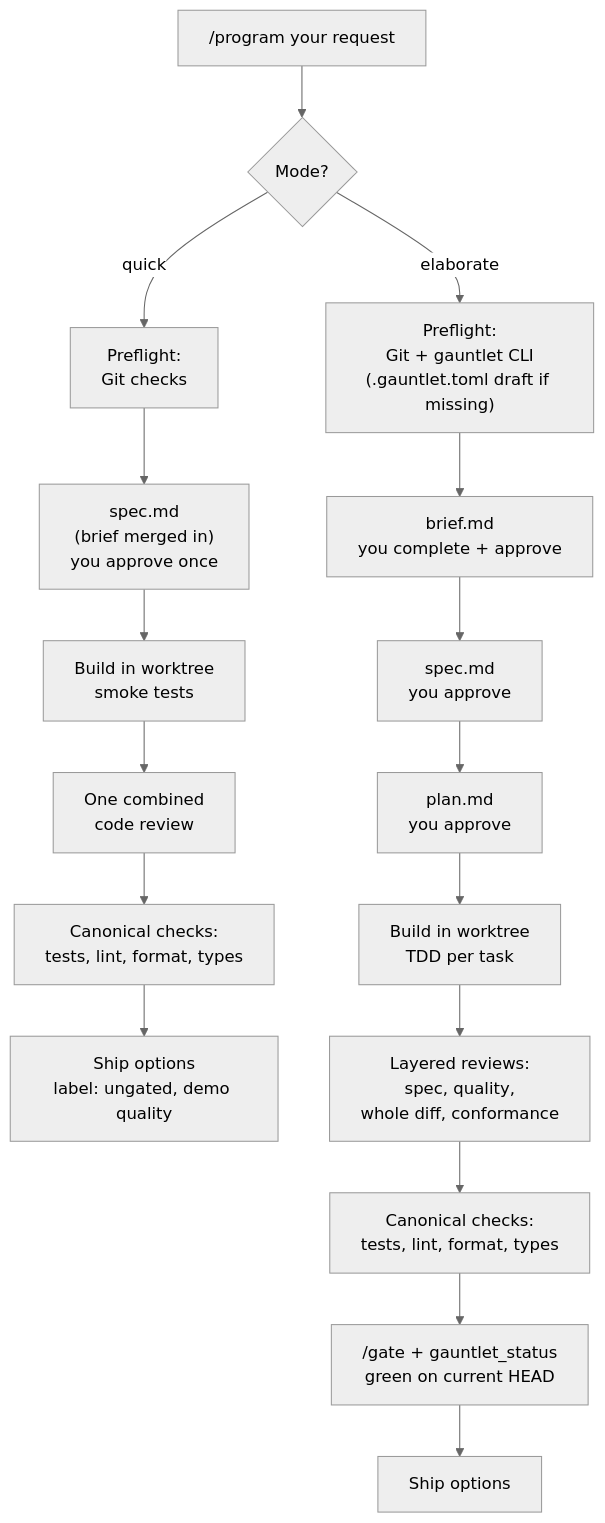
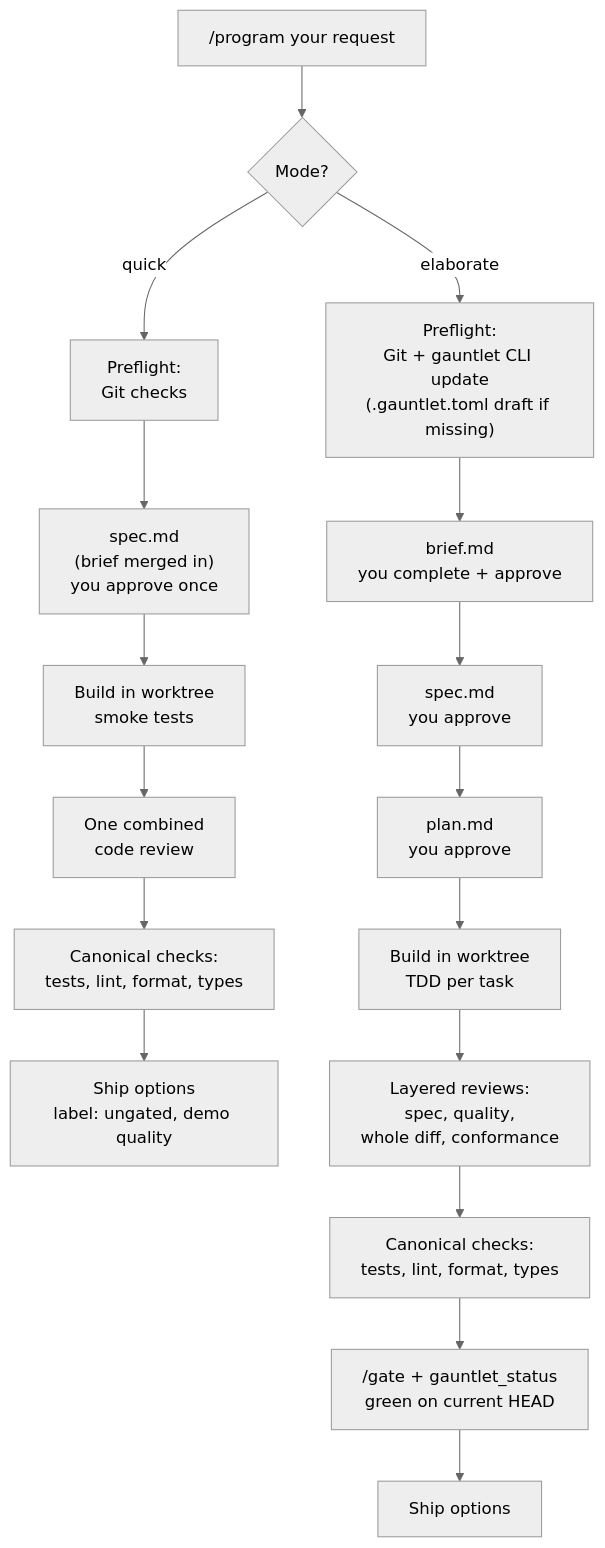
The diagram in README.md (aber0016/pi-program), drawn with Mermaid (neutral theme) before and after one commit. The commit also changed other lines of this file and 3 other files, not shown here.

````diff
--- a/README.md
+++ b/README.md
@@ -43,21 +20,21 @@
 ```mermaid
 flowchart TD
     A["/program your request"] --> B{Mode?}
 
     B -- quick --> Q1["Preflight:<br/>Git checks"]
     Q1 --> Q2["spec.md<br/>(brief merged in)<br/>you approve once"]
     Q2 --> Q3["Build in worktree<br/>smoke tests"]
     Q3 --> Q4["One combined<br/>code review"]
     Q4 --> Q5["Canonical checks:<br/>tests, lint, format, types"]
     Q5 --> Q6["Ship options<br/>label: ungated, demo quality"]
 
-    B -- elaborate --> E1["Preflight:<br/>Git + gauntlet CLI<br/>(.gauntlet.toml draft if missing)"]
+    B -- elaborate --> E1["Preflight:<br/>Git + gauntlet CLI update<br/>(.gauntlet.toml draft if missing)"]
     E1 --> E2["brief.md<br/>you complete + approve"]
     E2 --> E3["spec.md<br/>you approve"]
     E3 --> E4["plan.md<br/>you approve"]
     E4 --> E5["Build in worktree<br/>TDD per task"]
     E5 --> E6["Layered reviews:<br/>spec, quality,<br/>whole diff, conformance"]
     E6 --> E7["Canonical checks:<br/>tests, lint, format, types"]
     E7 --> E8["/gate + gauntlet_status<br/>green on current HEAD"]
     E8 --> E9["Ship options"]
 ```
````
